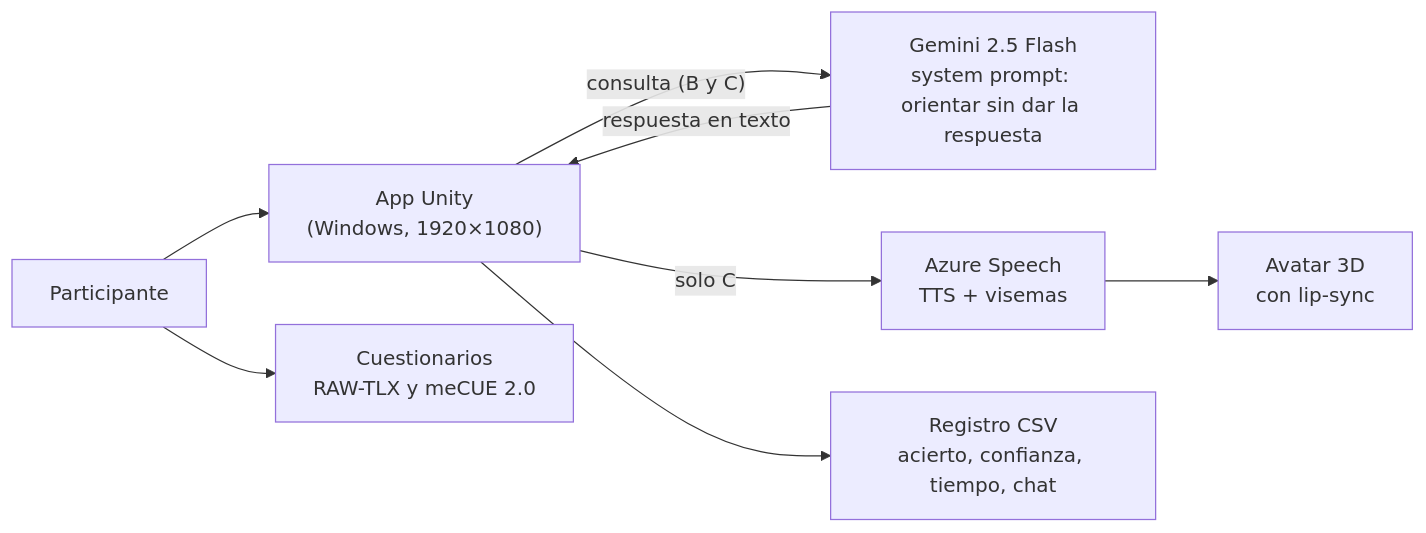
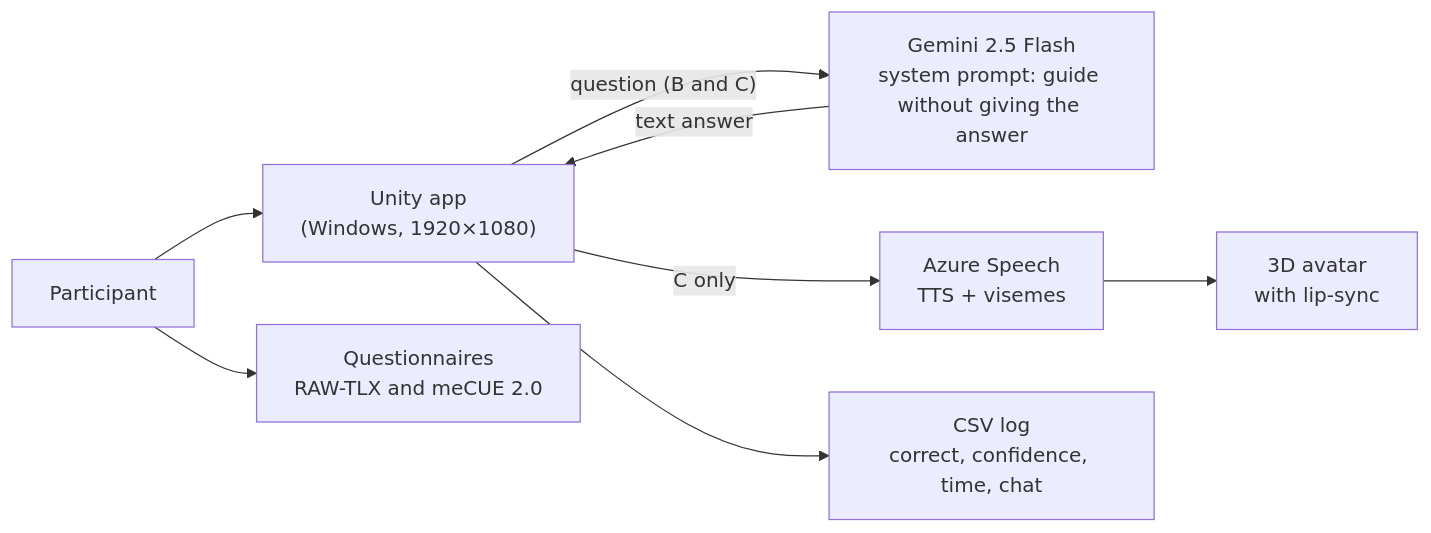
One commit to jmnzcn/virtual-agent-trust-study changed the diagram in README.md. Above: the diagram before and after it, drawn with Mermaid. The commit also changed other lines of this file and 1 other file, not shown here.

````diff
--- a/README.md
+++ b/README.md
@@ -57,10 +67,10 @@
 ```mermaid
 flowchart LR
-    P["Participante"] --> U["App Unity<br/>(Windows, 1920×1080)"]
-    U -- "consulta (B y C)" --> G["Gemini 2.5 Flash<br/>system prompt: orientar sin dar la respuesta"]
-    G -- "respuesta en texto" --> U
-    U -- "solo C" --> AZ["Azure Speech<br/>TTS + visemas"]
-    AZ --> AV["Avatar 3D<br/>con lip-sync"]
-    U --> CSV["Registro CSV<br/>acierto, confianza, tiempo, chat"]
-    P --> F["Cuestionarios<br/>RAW-TLX y meCUE 2.0"]
+    P["Participant"] --> U["Unity app<br/>(Windows, 1920×1080)"]
+    U -- "question (B and C)" --> G["Gemini 2.5 Flash<br/>system prompt: guide without giving the answer"]
+    G -- "text answer" --> U
+    U -- "C only" --> AZ["Azure Speech<br/>TTS + visemes"]
+    AZ --> AV["3D avatar<br/>with lip-sync"]
+    U --> CSV["CSV log<br/>correct, confidence, time, chat"]
+    P --> F["Questionnaires<br/>RAW-TLX and meCUE 2.0"]
 ```
````
